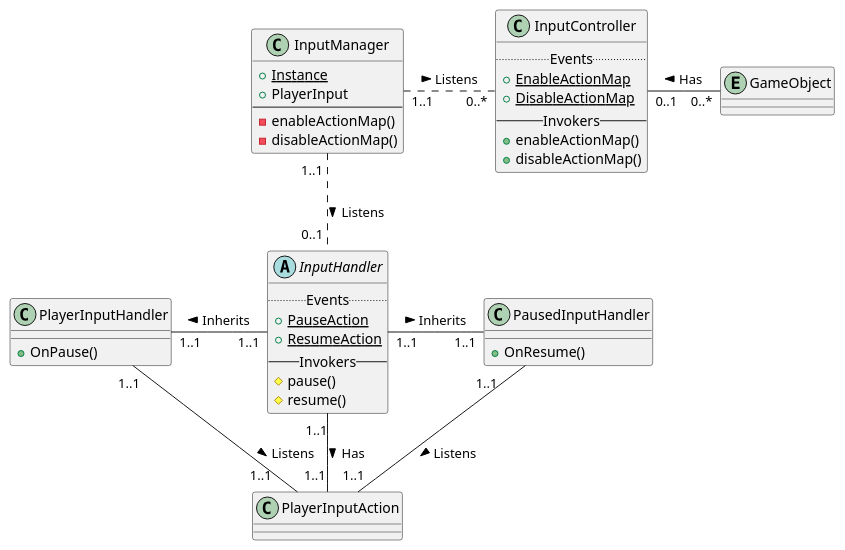
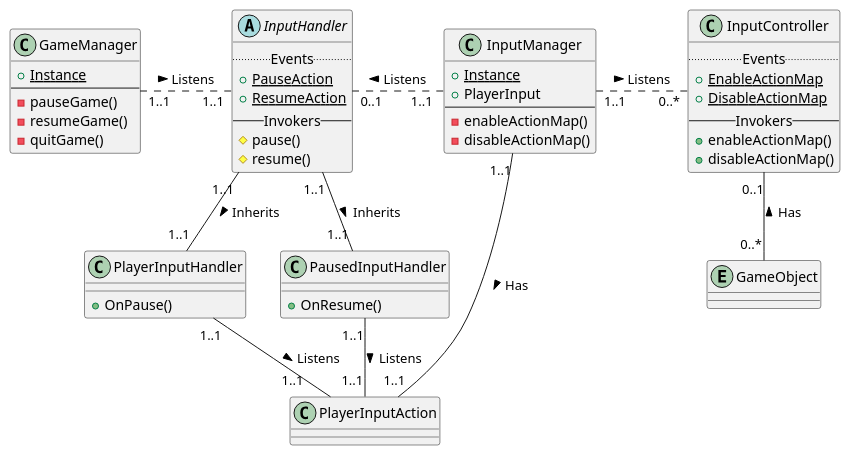
The diagram in UML/inputsystem.iuml (jskelly2021/Journey), drawn with PlantUML before and after one commit. The commit also changed 3 other files, not shown here.

Commit message:
Added GameManager to InputSystem UML

```diff
--- a/UML/inputsystem.iuml
+++ b/UML/inputsystem.iuml
@@ -1,52 +1,62 @@
 @startuml inputsystem
 class InputManager {
     {static} +Instance
     +PlayerInput
     --
     -enableActionMap()
     -disableActionMap()
 }
 
 abstract InputHandler {
     ..Events..
     {static} +PauseAction
     {static} +ResumeAction
     --Invokers--
     #pause()
     #resume()
 }
 
 class PlayerInputHandler {
     +OnPause()
 }
 
 class PausedInputHandler {
     +OnResume()
 }
 
 class PlayerInputAction {
 
 }
 
 class InputController {
     ..Events..
     {static} +EnableActionMap
     {static} +DisableActionMap
     --Invokers--
     +enableActionMap()
     +disableActionMap()
 }
 
 entity GameObject
 
+class GameManager {
+    {static} +Instance
+    --
+    -pauseGame()
+    -resumeGame()
+    -quitGame()
+}
+
 InputManager        "1..1"       .right.   "0..*"       InputController      : "Listens >"
-InputController     "0..1"       -right-   "0..*"       GameObject           : "Has <"
+InputController     "0..1"       -down-    "0..*"       GameObject           : "Has <"
 
-InputManager        "1..1 "      .down.    "0..1 "      InputHandler         : "Listens >"
-InputHandler        "1..1"       -left-    "1..1"       PlayerInputHandler   : "Inherits >"
-InputHandler        "1..1"       -right-   "1..1"       PausedInputHandler   : "Inherits >"
+InputManager        "1..1 "      .left.    "0..1"       InputHandler         : "Listens >"
+InputHandler        "1..1"       -down-    "1..1"       PlayerInputHandler   : "Inherits >"
+InputHandler        "1..1"       -down-    "1..1"       PausedInputHandler   : "Inherits >"
 
-InputHandler        "1..1"       -down-    "1..1"       PlayerInputAction    : "Has >"
+InputManager        "1..1"       -down-    "1..1"       PlayerInputAction    : "Has >"
 PlayerInputHandler  "1..1"       -down-    "1..1    "   PlayerInputAction    : "Listens >"
-PausedInputHandler  "1..1     "  -down-    "1..1"       PlayerInputAction    : "Listens >"
+PausedInputHandler  "1..1"       -down-    "1..1"       PlayerInputAction    : "Listens >"
+
+GameManager         "1..1  "     .right.   "1..1"       InputHandler         : "Listens >"
 @enduml
```
